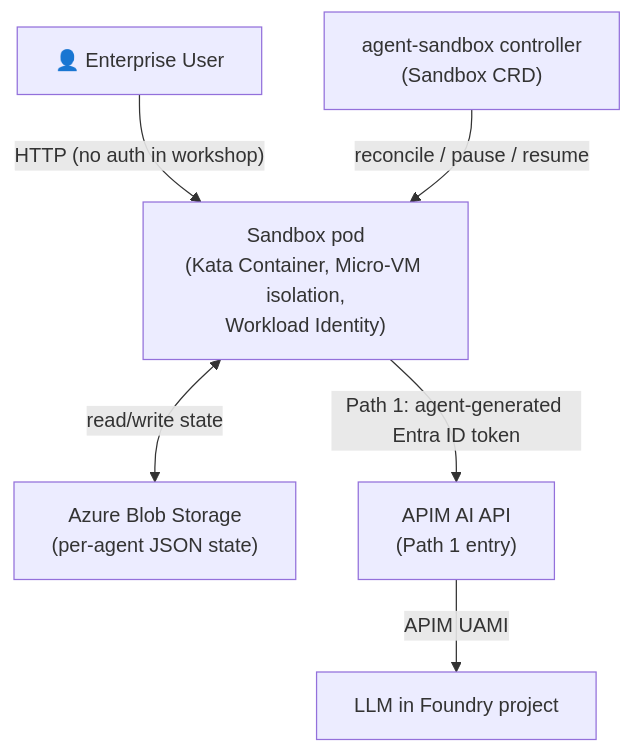
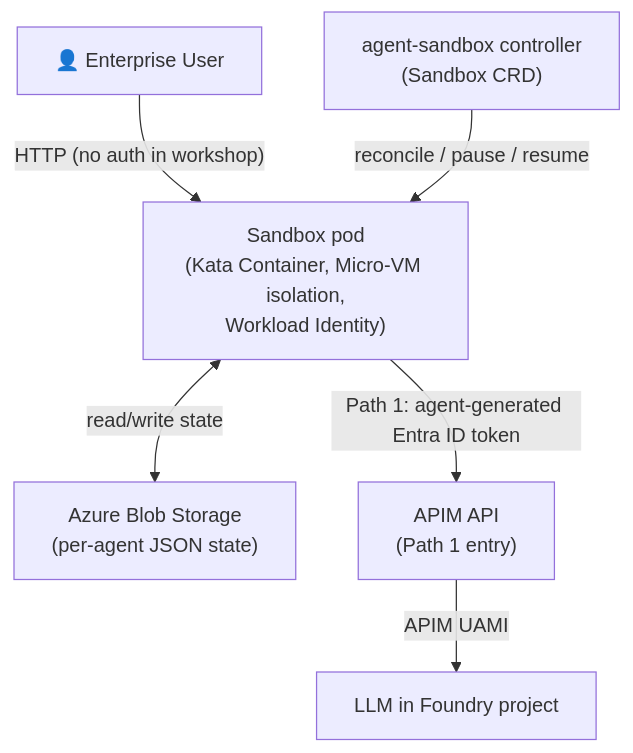
One commit to oxcp/ainotes changed the second of 3 diagrams in agenthost/agenthost.md. Above: the diagram before and after it, drawn with Mermaid. The commit also changed other lines of this file, not shown here.

Commit message:
docs: Update APIM AI API references for consistency in agent hosting documentation

````diff
--- a/agenthost/agenthost.md
+++ b/agenthost/agenthost.md
@@ -246,15 +246,15 @@
 ```mermaid
 flowchart TD
     user["👤 Enterprise User"]
     ctrl["agent-sandbox controller\n(Sandbox CRD)"]
     kata["Sandbox pod\n(Kata Container, Micro-VM isolation,\nWorkload Identity)"]
     blob["Azure Blob Storage\n(per-agent JSON state)"]
-    apimApi["APIM AI API\n(Path 1 entry)"]
+    apimApi["APIM API\n(Path 1 entry)"]
     llm["LLM in Foundry project"]
 
     user -->|"HTTP (no auth in workshop)"| kata
     ctrl -->|"reconcile / pause / resume"| kata
     kata <-->|"read/write state"| blob
     kata -->|"Path 1: agent-generated Entra ID token"| apimApi
     apimApi -->|"APIM UAMI"| llm
 ```
````
